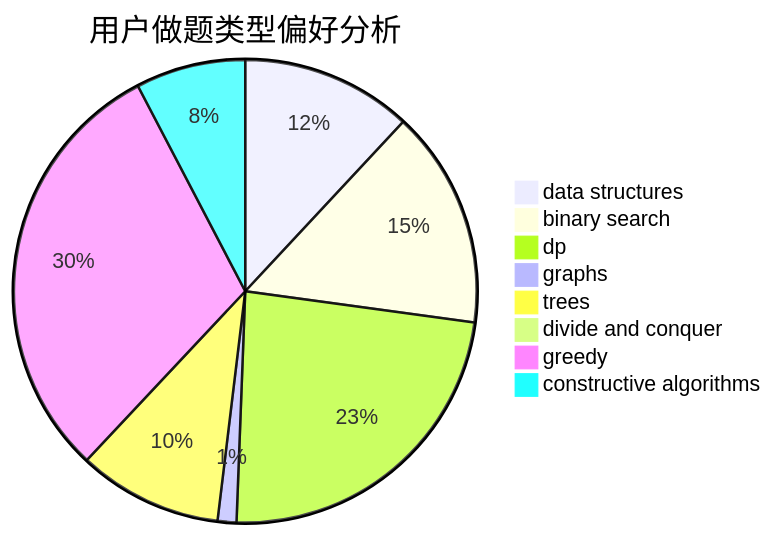
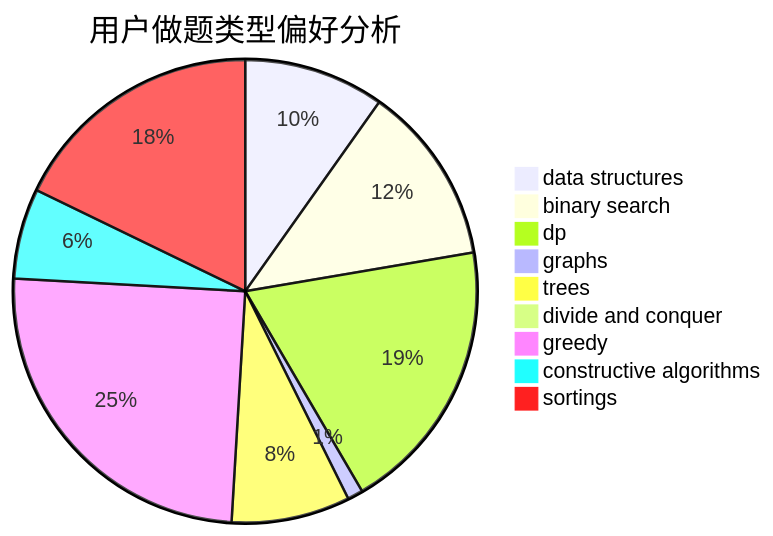
The second of 3 diagrams in docs/user/u145.md (sherpahu/cfrs.github.io), drawn with Mermaid before and after one commit. The commit also changed other lines of this file and 2769 other files, not shown here.

````diff
--- a/docs/user/u145.md
+++ b/docs/user/u145.md
@@ -23,11 +18,12 @@
 ```mermaid
 pie title 用户做题类型偏好分析
     "data structures" :  109
     "binary search" :  139
     "dp" :  214
     "graphs" :  12
     "trees" :  92
     "divide and conquer" :  4
     "greedy" :  277
     "constructive algorithms" :  70
+    "sortings" :  198
 ```
````
